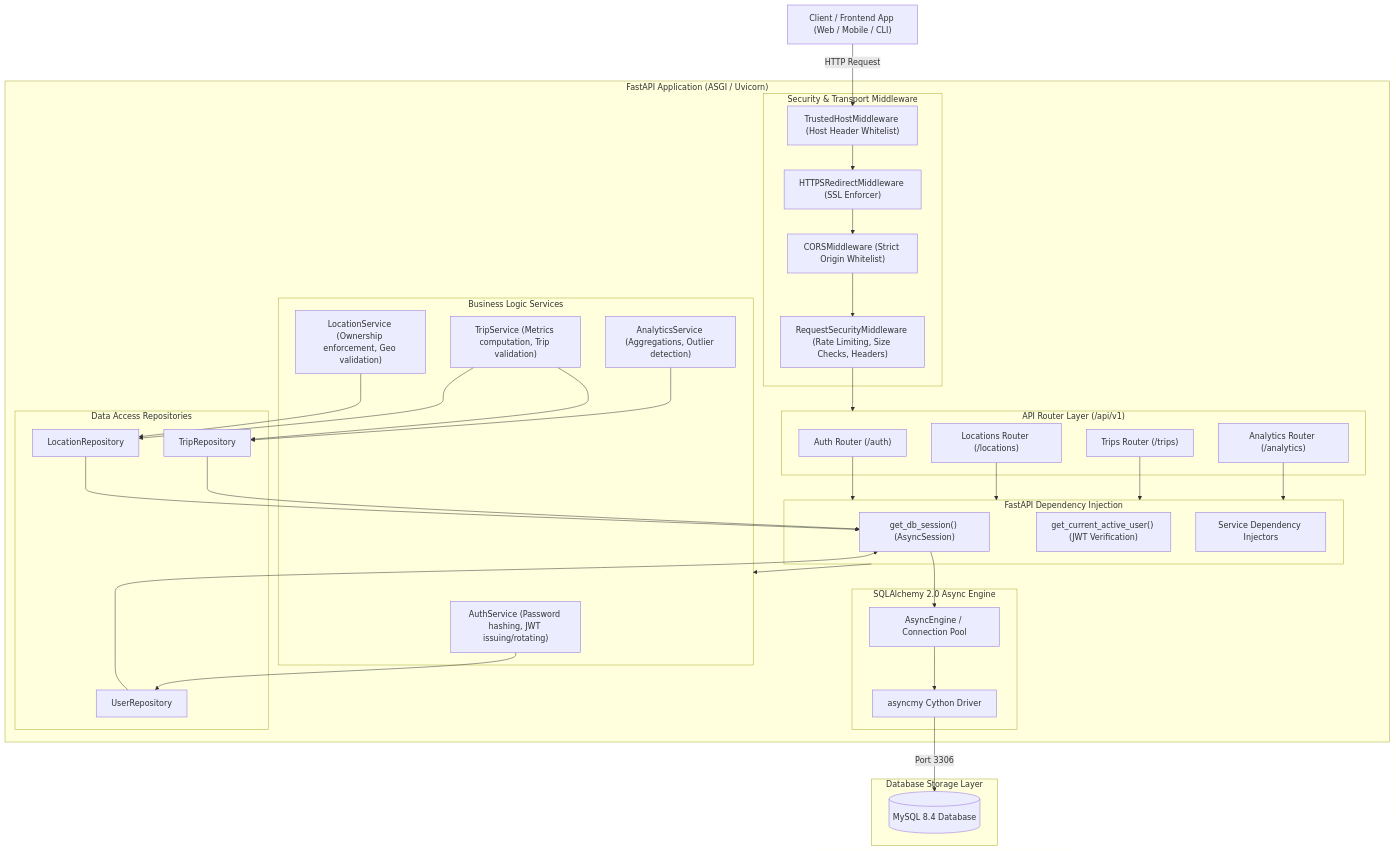
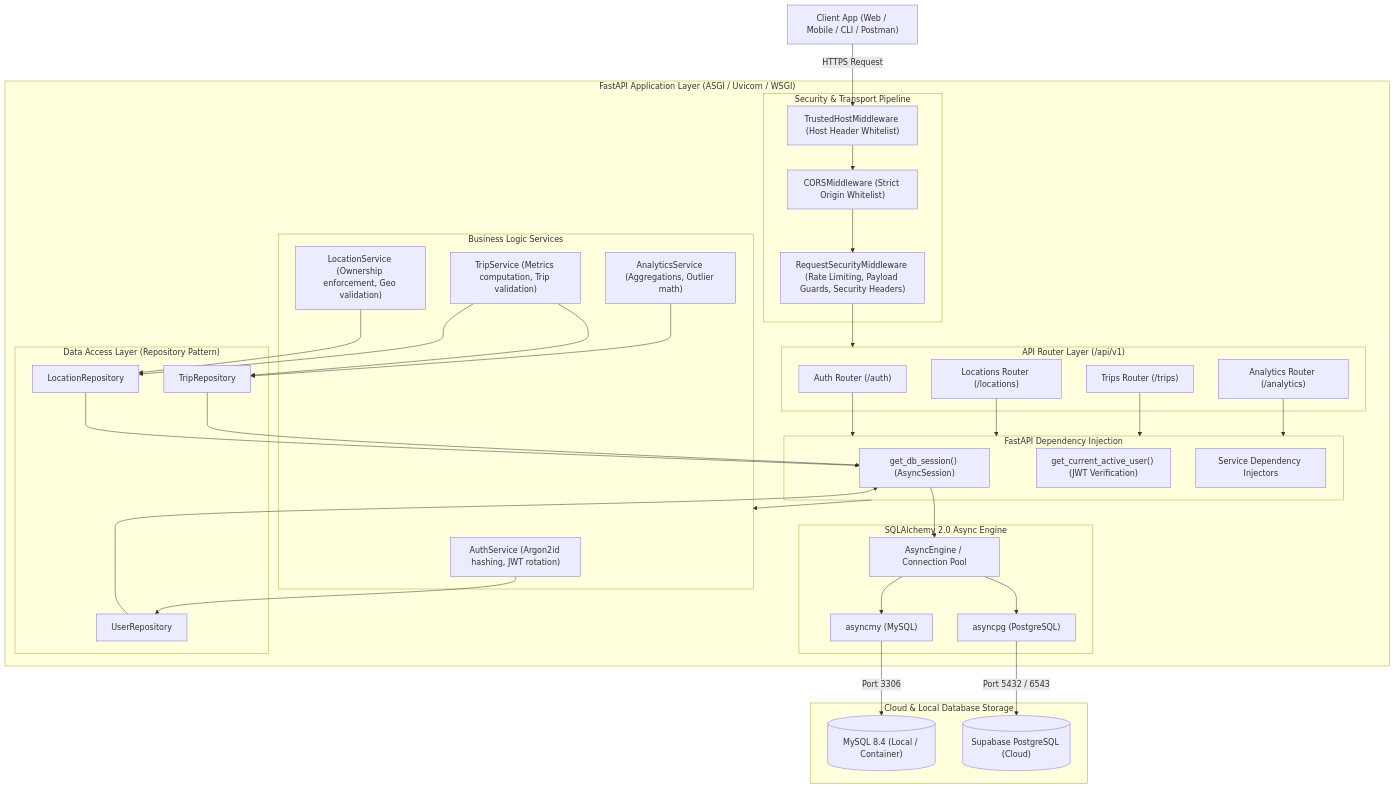
Before and after one commit to SHAW258/citypulse-api: the first of 2 diagrams in README.md, drawn with Mermaid. The commit also changed other lines of this file and 1 other file, not shown here.

Commit message:
docs: update README with live Render deployments, test credentials, and architecture

````diff
--- a/README.md
+++ b/README.md
@@ -65,75 +63,77 @@
 ```mermaid
 flowchart TD
-    Client["Client / Frontend App (Web / Mobile / CLI)"]
+    Client["Client App (Web / Mobile / CLI / Postman)"]
     
-    subgraph FastAPI_Application["FastAPI Application (ASGI / Uvicorn)"]
-        subgraph Middleware_Pipeline["Security & Transport Middleware"]
+    subgraph FastAPI_Application["FastAPI Application Layer (ASGI / Uvicorn / WSGI)"]
+        subgraph Middleware_Pipeline["Security & Transport Pipeline"]
             TrustedHost["TrustedHostMiddleware (Host Header Whitelist)"]
-            HTTPSRedirect["HTTPSRedirectMiddleware (SSL Enforcer)"]
             CORSMiddleware["CORSMiddleware (Strict Origin Whitelist)"]
-            SecurityMiddleware["RequestSecurityMiddleware (Rate Limiting, Size Checks, Headers)"]
+            SecurityMiddleware["RequestSecurityMiddleware (Rate Limiting, Payload Guards, Security Headers)"]
         end
         
         subgraph API_Routers["API Router Layer (/api/v1)"]
             AuthRouter["Auth Router (/auth)"]
             LocationRouter["Locations Router (/locations)"]
             TripRouter["Trips Router (/trips)"]
             AnalyticsRouter["Analytics Router (/analytics)"]
         end
         
         subgraph DI_Layer["FastAPI Dependency Injection"]
             DBSession["get_db_session() (AsyncSession)"]
             CurrentUser["get_current_active_user() (JWT Verification)"]
             ServiceProviders["Service Dependency Injectors"]
         end
         
         subgraph Service_Layer["Business Logic Services"]
-            AuthService["AuthService (Password hashing, JWT issuing/rotating)"]
+            AuthService["AuthService (Argon2id hashing, JWT rotation)"]
             LocationService["LocationService (Ownership enforcement, Geo validation)"]
             TripService["TripService (Metrics computation, Trip validation)"]
-            AnalyticsService["AnalyticsService (Aggregations, Outlier detection)"]
+            AnalyticsService["AnalyticsService (Aggregations, Outlier math)"]
         end
         
-        subgraph Repository_Layer["Data Access Repositories"]
+        subgraph Repository_Layer["Data Access Layer (Repository Pattern)"]
             UserRepo["UserRepository"]
             LocationRepo["LocationRepository"]
             TripRepo["TripRepository"]
         end
         
         subgraph ORM_Engine["SQLAlchemy 2.0 Async Engine"]
             AsyncEngine["AsyncEngine / Connection Pool"]
-            AsyncMyDriver["asyncmy Cython Driver"]
+            AsyncPgDriver["asyncpg (PostgreSQL)"]
+            AsyncMyDriver["asyncmy (MySQL)"]
         end
     end
     
-    subgraph Persistence["Database Storage Layer"]
-        MySQL[("MySQL 8.4 Database")]
+    subgraph Persistence["Cloud & Local Database Storage"]
+        Supabase[("Supabase PostgreSQL (Cloud)")]
+        MySQL[("MySQL 8.4 (Local / Container)")]
     end
 
-    Client -->|HTTP Request| TrustedHost
-    TrustedHost --> HTTPSRedirect
-    HTTPSRedirect --> CORSMiddleware
+    Client -->|HTTPS Request| TrustedHost
+    TrustedHost --> CORSMiddleware
     CORSMiddleware --> SecurityMiddleware
     SecurityMiddleware --> API_Routers
     
     AuthRouter --> DI_Layer
     LocationRouter --> DI_Layer
     TripRouter --> DI_Layer
     AnalyticsRouter --> DI_Layer
     
     DI_Layer --> Service_Layer
     
     AuthService --> UserRepo
     LocationService --> LocationRepo
     TripService --> TripRepo
     TripService --> LocationRepo
     AnalyticsService --> TripRepo
     
     UserRepo --> DBSession
     LocationRepo --> DBSession
     TripRepo --> DBSession
     
     DBSession --> AsyncEngine
+    AsyncEngine --> AsyncPgDriver
     AsyncEngine --> AsyncMyDriver
+    AsyncPgDriver -->|Port 5432 / 6543| Supabase
     AsyncMyDriver -->|Port 3306| MySQL
 ```
````
